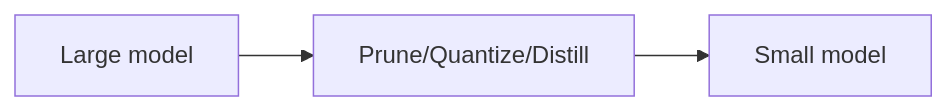
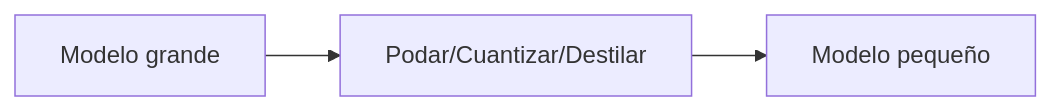
The diagram in i18n/es/docusaurus-plugin-content-docs/current/model-compression/index.md (EmersonBraun/ai-summary-hub), drawn with Mermaid before and after one commit. The commit also changed other lines of this file and 230 other files, not shown here.

````diff
--- a/i18n/es/docusaurus-plugin-content-docs/current/model-compression/index.md
+++ b/i18n/es/docusaurus-plugin-content-docs/current/model-compression/index.md
@@ -17,5 +19,5 @@
 ```mermaid
 flowchart LR
-  LargeModel[Large model] --> Compress["Prune/Quantize/Distill"]
-  Compress --> SmallModel[Small model]
+  LargeModel[Modelo grande] --> Compress["Podar/Cuantizar/Destilar"]
+  Compress --> SmallModel[Modelo pequeño]
 ```
````
